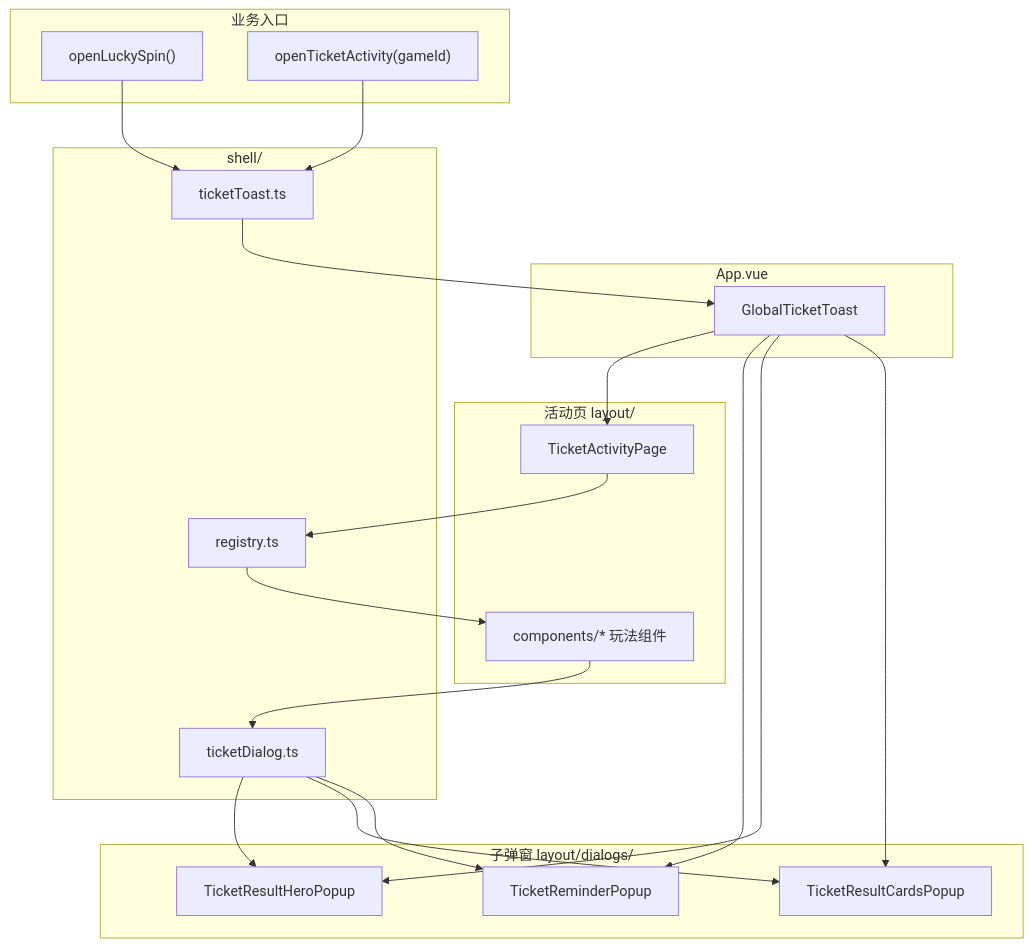
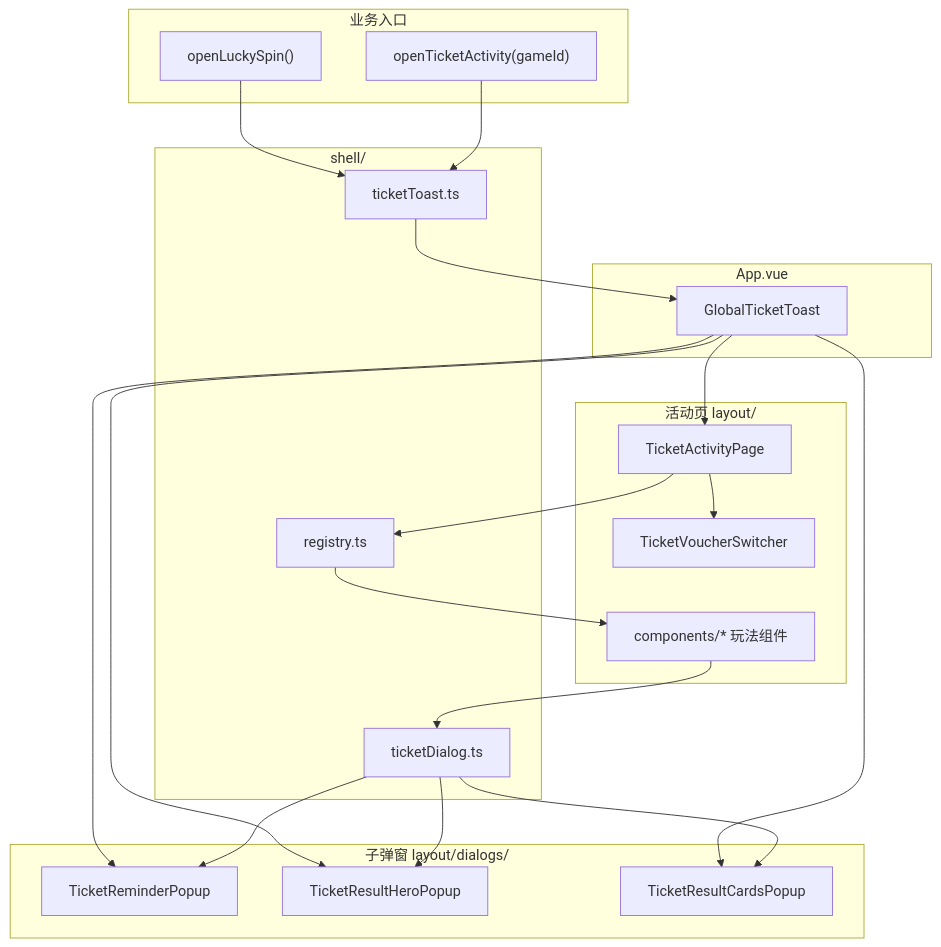
Before and after one commit to bell012/tgGame: the second of 2 diagrams in src/views/activity/ticket/README.md, drawn with Mermaid. The commit also changed other lines of this file, not shown here.

````diff
--- a/src/views/activity/ticket/README.md
+++ b/src/views/activity/ticket/README.md
@@ -487,42 +522,44 @@
 ```mermaid
 flowchart TB
   subgraph entry [业务入口]
     OL["openLuckySpin()"]
     OA["openTicketActivity(gameId)"]
   end
 
   subgraph app [App.vue]
     GT["GlobalTicketToast"]
   end
 
   subgraph page [活动页 layout/]
     TAP["TicketActivityPage"]
+    Switcher["TicketVoucherSwitcher"]
     Game["components/* 玩法组件"]
   end
 
   subgraph dialogs [子弹窗 layout/dialogs/]
     Reminder["TicketReminderPopup"]
     Hero["TicketResultHeroPopup"]
     Cards["TicketResultCardsPopup"]
   end
 
   subgraph state [shell/]
     ToastState["ticketToast.ts"]
     DialogState["ticketDialog.ts"]
     Registry["registry.ts"]
   end
 
   OL --> ToastState
   OA --> ToastState
   ToastState --> GT
   GT --> TAP
+  TAP --> Switcher
   TAP --> Registry
   Registry --> Game
   GT --> Reminder
   GT --> Hero
   GT --> Cards
   Game --> DialogState
   DialogState --> Hero
   DialogState --> Cards
   DialogState --> Reminder
 ```
````
